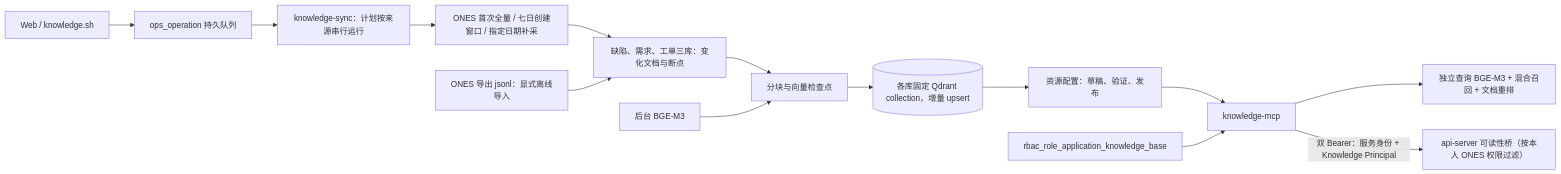
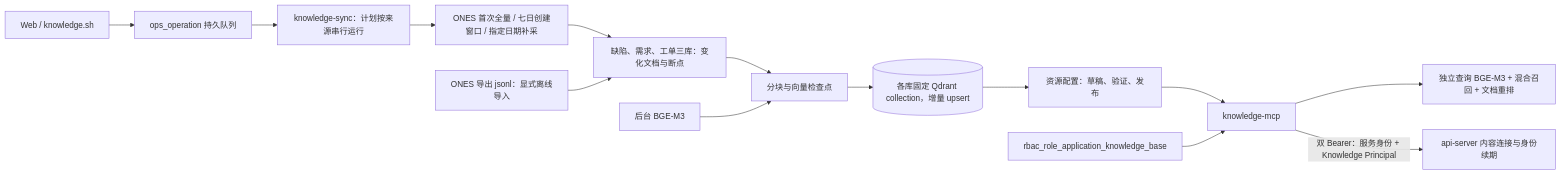
The eighth of 13 diagrams in docs/reference/enterprise-agent-system-design-for-chatgpt.md (zmh117/enterprise_agent), drawn with Mermaid before and after one commit. The commit also changed other lines of this file and 51 other files, not shown here.

````diff
--- a/docs/reference/enterprise-agent-system-design-for-chatgpt.md
+++ b/docs/reference/enterprise-agent-system-design-for-chatgpt.md
@@ -446,16 +446,16 @@
 ```mermaid
 flowchart LR
   OPS["Web / knowledge.sh"] --> QUEUE["ops_operation 持久队列"]
   QUEUE --> SYNC["knowledge-sync：计划按来源串行运行"]
   SYNC --> ONES["ONES 首次全量 / 七日创建窗口 / 指定日期补采"]
   ONES --> DOC["缺陷、需求、工单三库：变化文档与断点"]
   EXP["ONES 导出 jsonl：显式离线导入"] --> DOC
   DOC --> CH["分块与向量检查点"]
   EMB["后台 BGE-M3"] --> CH
   CH --> QD[("各库固定 Qdrant collection，增量 upsert")]
   QD --> RR["资源配置：草稿、验证、发布"]
   RR --> KM["knowledge-mcp"]
   KM --> QUERY["独立查询 BGE-M3 + 混合召回 + 文档重排"]
   RBAC["rbac_role_application_knowledge_base"] --> KM
-  KM -->|"双 Bearer：服务身份 + Knowledge Principal"| BR["api-server 可读性桥（按本人 ONES 权限过滤）"]
+  KM -->|"双 Bearer：服务身份 + Knowledge Principal"| BR["api-server 内容连接与身份续期"]
 ```
````
